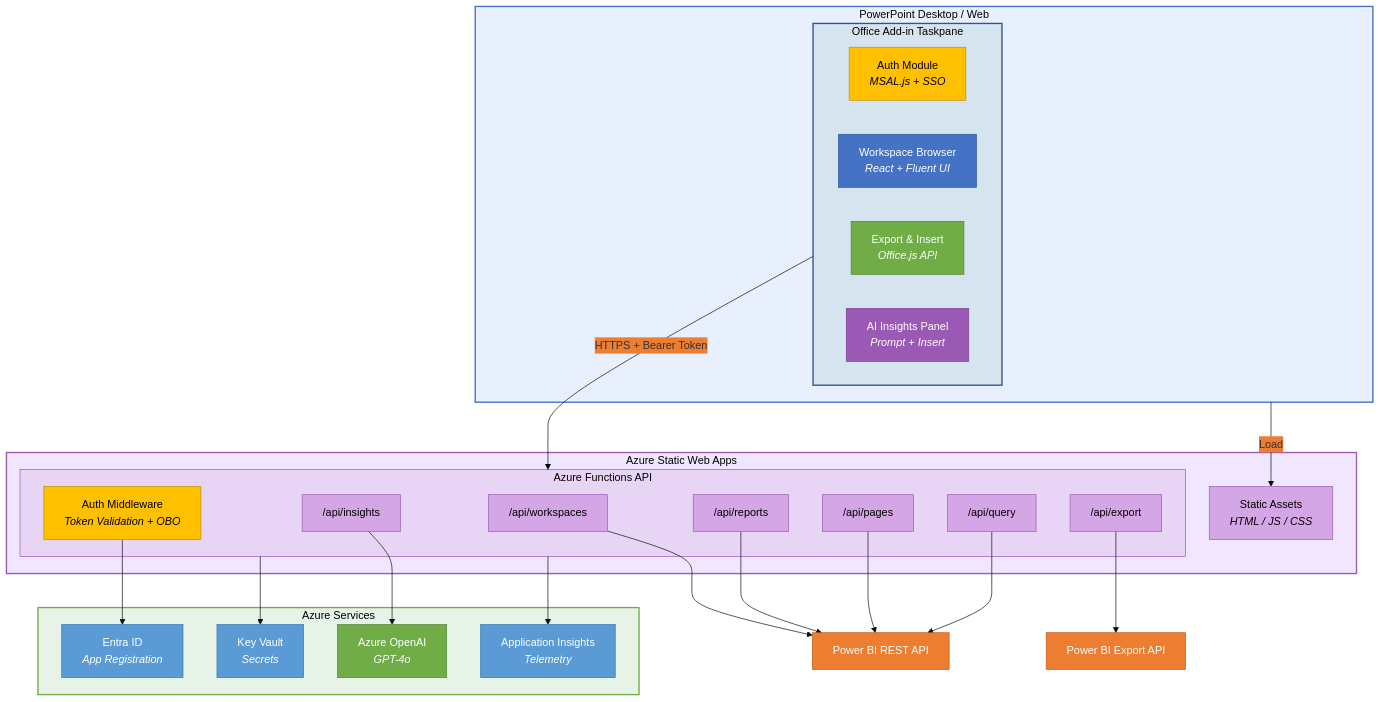
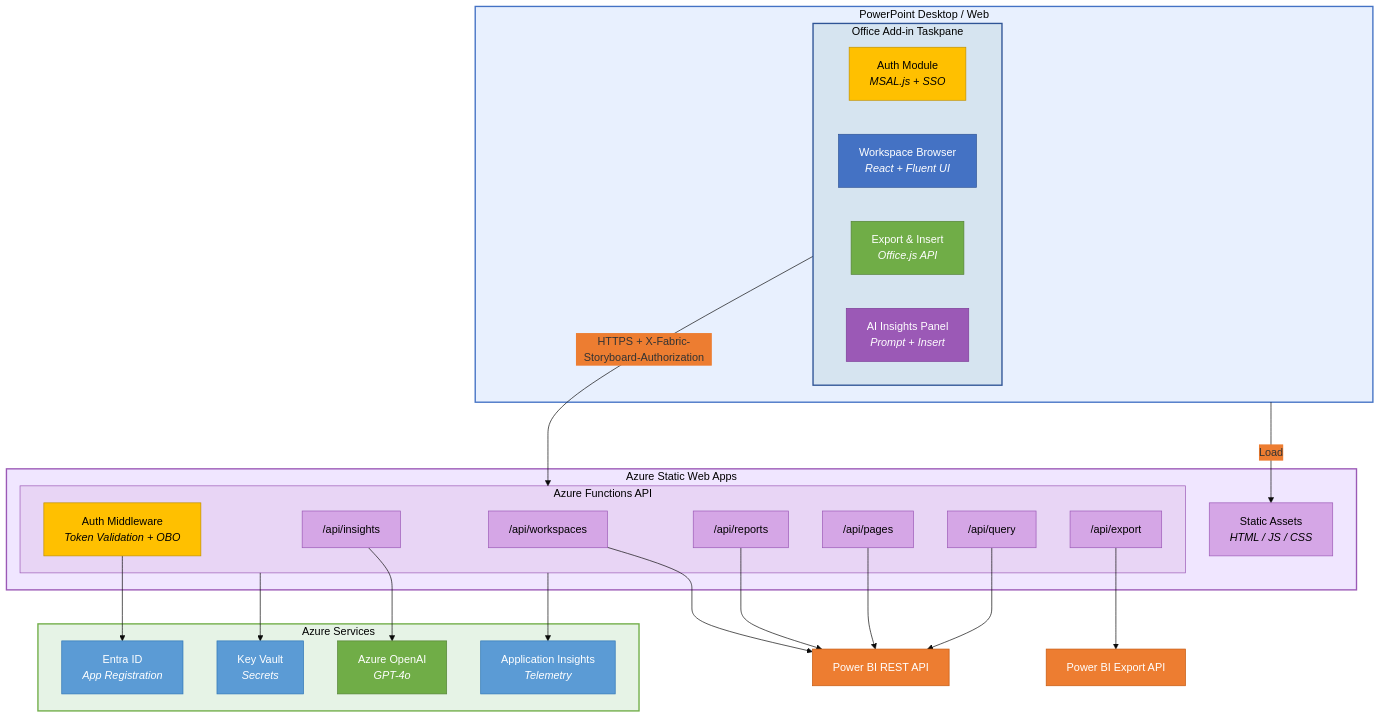
The first of 7 diagrams in docs/architecture.md (fredgis/OfficeAddin), drawn with Mermaid before and after one commit. The commit also changed other lines of this file and 6 other files, not shown here.

````diff
--- a/docs/architecture.md
+++ b/docs/architecture.md
@@ -9,71 +9,71 @@
 ```mermaid
 %%{init: {'theme': 'base', 'themeVariables': {'primaryColor': '#4472C4', 'secondaryColor': '#ED7D31', 'tertiaryColor': '#70AD47'}}}%%
 graph TD
     subgraph PPT["PowerPoint Desktop / Web"]
         subgraph Taskpane["Office Add-in Taskpane"]
             AUTH["Auth Module<br/><i>MSAL.js + SSO</i>"]
             BROWSE["Workspace Browser<br/><i>React + Fluent UI</i>"]
             EXPORT["Export & Insert<br/><i>Office.js API</i>"]
             AI_UI["AI Insights Panel<br/><i>Prompt + Insert</i>"]
         end
     end
 
     subgraph SWA["Azure Static Web Apps"]
         subgraph API["Azure Functions API"]
             FN_WS["/api/workspaces"]
             FN_RPT["/api/reports"]
             FN_PG["/api/pages"]
             FN_EXP["/api/export"]
             FN_INS["/api/insights"]
             FN_QRY["/api/query"]
             MW["Auth Middleware<br/><i>Token Validation + OBO</i>"]
         end
         STATIC["Static Assets<br/><i>HTML / JS / CSS</i>"]
     end
 
     subgraph AZURE["Azure Services"]
         ENTRA["Entra ID<br/><i>App Registration</i>"]
         KV["Key Vault<br/><i>Secrets</i>"]
         AOAI["Azure OpenAI<br/><i>GPT-4o</i>"]
         APPINS["Application Insights<br/><i>Telemetry</i>"]
     end
 
     PBI["Power BI REST API"]
     PBIEX["Power BI Export API"]
 
-    Taskpane -- "HTTPS + Bearer Token" --> API
+    Taskpane -- "HTTPS + X-Fabric-Storyboard-Authorization" --> API
     PPT -- "Load" --> STATIC
     MW --> ENTRA
     FN_WS --> PBI
     FN_RPT --> PBI
     FN_PG --> PBI
     FN_EXP --> PBIEX
     FN_INS --> AOAI
     FN_QRY --> PBI
     API --> KV
     API --> APPINS
 
     style PPT fill:#E8F0FE,stroke:#4472C4,stroke-width:2px,color:#000
     style Taskpane fill:#D6E4F0,stroke:#2F5496,stroke-width:2px,color:#000
     style AUTH fill:#FFC000,stroke:#BF9000,color:#000
     style BROWSE fill:#4472C4,stroke:#2F5496,color:#fff
     style EXPORT fill:#70AD47,stroke:#548235,color:#fff
     style AI_UI fill:#9B59B6,stroke:#7D3C98,color:#fff
     style SWA fill:#F0E6FF,stroke:#9B59B6,stroke-width:2px,color:#000
     style API fill:#E8D5F5,stroke:#9B59B6,stroke-width:1px,color:#000
     style STATIC fill:#D5A6E6,stroke:#9B59B6,color:#000
     style FN_WS fill:#D5A6E6,stroke:#9B59B6,color:#000
     style FN_RPT fill:#D5A6E6,stroke:#9B59B6,color:#000
     style FN_PG fill:#D5A6E6,stroke:#9B59B6,color:#000
     style FN_EXP fill:#D5A6E6,stroke:#9B59B6,color:#000
     style FN_INS fill:#D5A6E6,stroke:#9B59B6,color:#000
     style FN_QRY fill:#D5A6E6,stroke:#9B59B6,color:#000
     style MW fill:#FFC000,stroke:#BF9000,color:#000
     style AZURE fill:#E6F3E6,stroke:#70AD47,stroke-width:2px,color:#000
     style ENTRA fill:#5B9BD5,stroke:#2E75B6,color:#fff
     style KV fill:#5B9BD5,stroke:#2E75B6,color:#fff
     style AOAI fill:#70AD47,stroke:#548235,color:#fff
     style APPINS fill:#5B9BD5,stroke:#2E75B6,color:#fff
     style PBI fill:#ED7D31,stroke:#C55A11,color:#fff
     style PBIEX fill:#ED7D31,stroke:#C55A11,color:#fff
 ```
````
